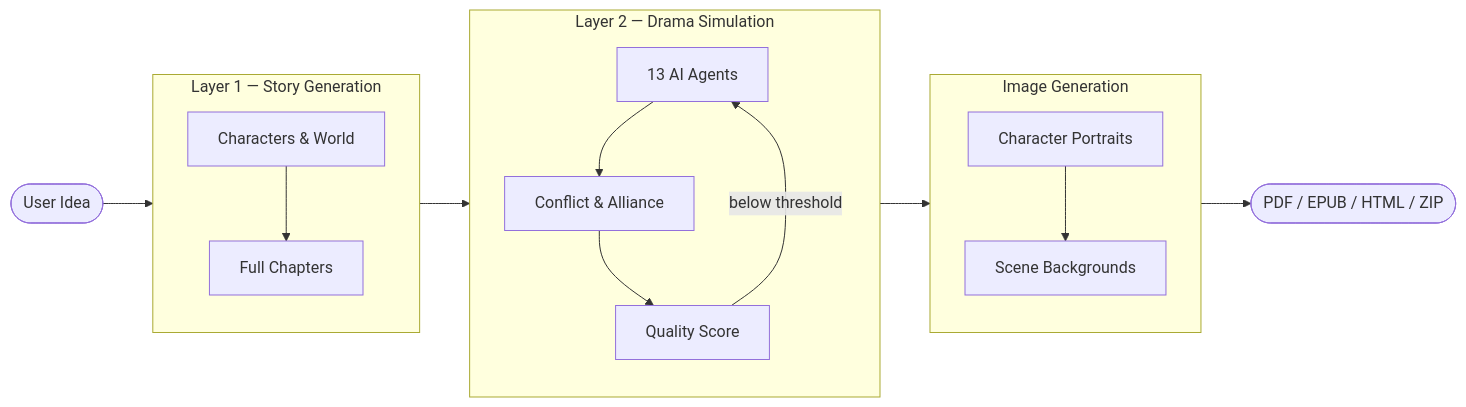
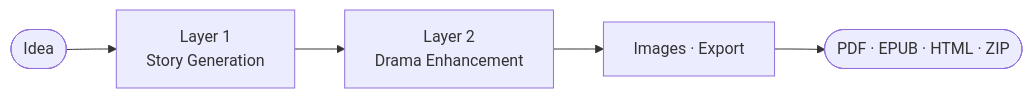
The diagram in README.md (HieuNTg/STORYFORGE), drawn with Mermaid before and after one commit. The commit also changed other lines of this file and 2 other files, not shown here.

Commit message:
docs: sync pipeline flow with actual orchestrator
- Slim README.md + README.vi.md to a 4-node mermaid diagram with link to full architecture doc
- Expand docs/system-architecture.md with full pre-flight → L1 → structural rewrite → L2 → post flow, L1↔L2 signals, retry/rewrite loops, and failure semantics as implemented in pipeline/orchestrator_layers.py

````diff
--- a/README.md
+++ b/README.md
@@ -250,27 +230,7 @@
 ```mermaid
 flowchart LR
-    idea([User Idea]) --> L1
-
-    subgraph L1 [Layer 1 — Story Generation]
-        direction TB
-        chars[Characters & World] --> chapters[Full Chapters]
-    end
-
-    L1 --> L2
-
-    subgraph L2 [Layer 2 — Drama Simulation]
-        direction TB
-        agents[13 AI Agents] --> conflicts[Conflict & Alliance]
-        conflicts --> score[Quality Score]
-        score -- below threshold --> agents
-    end
-
-    L2 --> IMG
-
-    subgraph IMG [Image Generation]
-        direction TB
-        portraits[Character Portraits] --> scenes[Scene Backgrounds]
-    end
-
-    IMG --> export([PDF / EPUB / HTML / ZIP])
+    idea([Idea]) --> L1[Layer 1<br/>Story Generation]
+    L1 --> L2[Layer 2<br/>Drama Enhancement]
+    L2 --> media[Images · Export]
+    media --> out([PDF · EPUB · HTML · ZIP])
 ```
````
